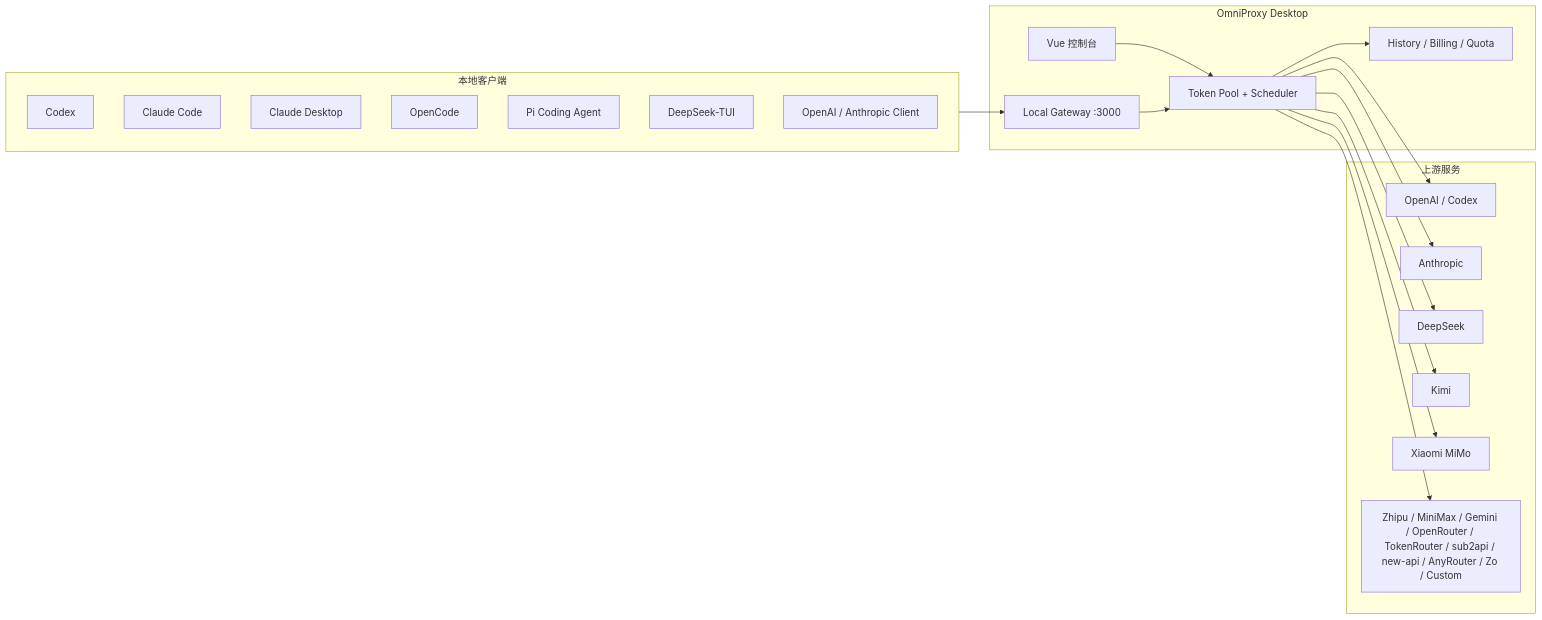
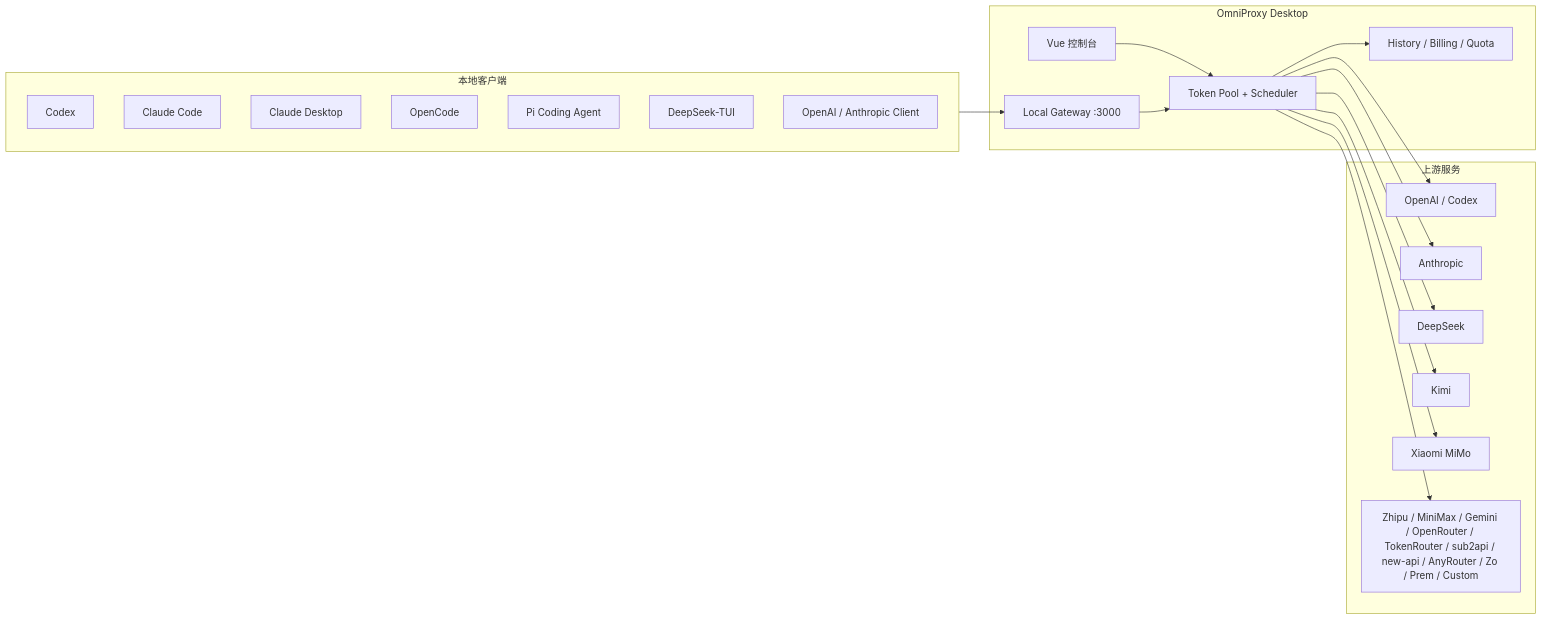
The diagram in README.md (nxtreaming/OmniProxy), drawn with Mermaid before and after one commit. The commit also changed other lines of this file and 24 other files, not shown here.

````diff
--- a/README.md
+++ b/README.md
@@ -47,39 +47,39 @@
 ```mermaid
 flowchart LR
   subgraph Clients["本地客户端"]
     Codex["Codex"]
     Claude["Claude Code"]
     ClaudeDesktop["Claude Desktop"]
     OpenCode["OpenCode"]
     Pi["Pi Coding Agent"]
     DeepSeekTUI["DeepSeek-TUI"]
     API["OpenAI / Anthropic Client"]
   end
 
   subgraph OmniProxy["OmniProxy Desktop"]
     Console["Vue 控制台"]
     Proxy["Local Gateway :3000"]
     Scheduler["Token Pool + Scheduler"]
     Logs["History / Billing / Quota"]
   end
 
   subgraph Providers["上游服务"]
     OpenAI["OpenAI / Codex"]
     Anthropic["Anthropic"]
     DeepSeek["DeepSeek"]
     Kimi["Kimi"]
     Mimo["Xiaomi MiMo"]
-    More["Zhipu / MiniMax / Gemini / OpenRouter / TokenRouter / sub2api / new-api / AnyRouter / Zo / Custom"]
+    More["Zhipu / MiniMax / Gemini / OpenRouter / TokenRouter / sub2api / new-api / AnyRouter / Zo / Prem / Custom"]
   end
 
   Clients --> Proxy
   Console --> Scheduler
   Proxy --> Scheduler
   Scheduler --> Logs
   Scheduler --> OpenAI
   Scheduler --> Anthropic
   Scheduler --> DeepSeek
   Scheduler --> Kimi
   Scheduler --> Mimo
   Scheduler --> More
 ```
````
